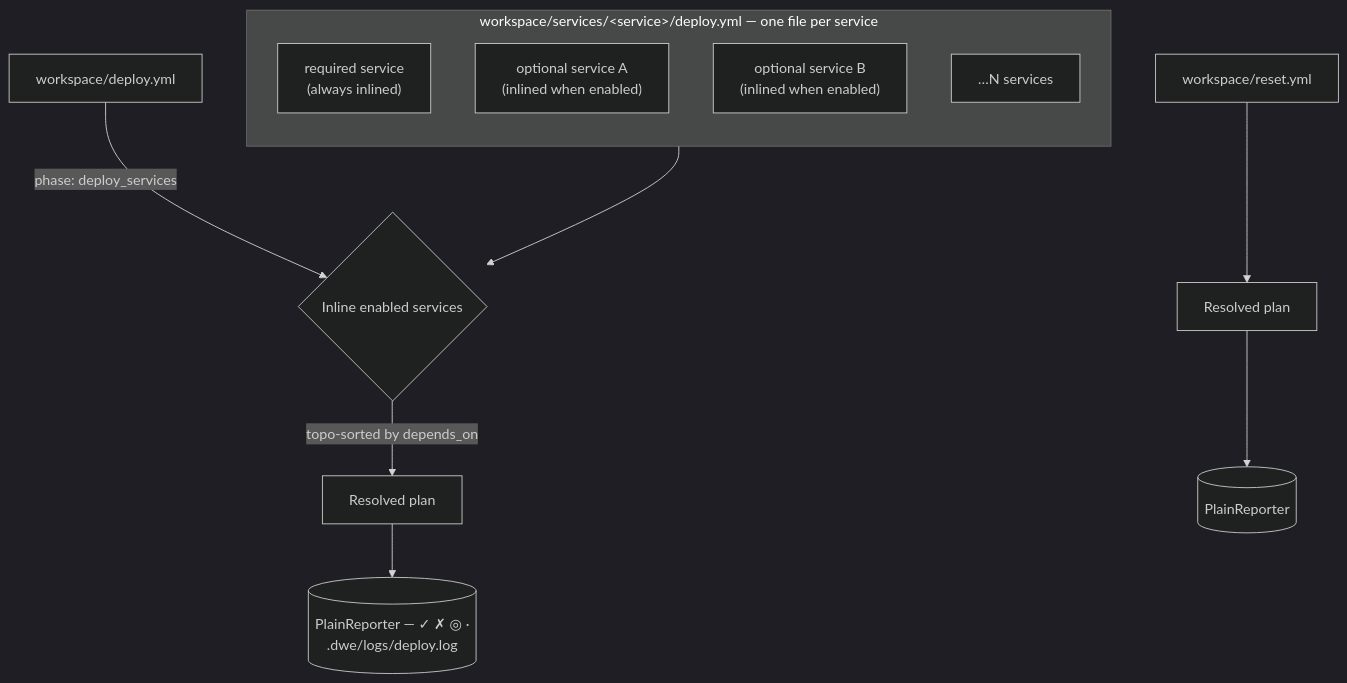
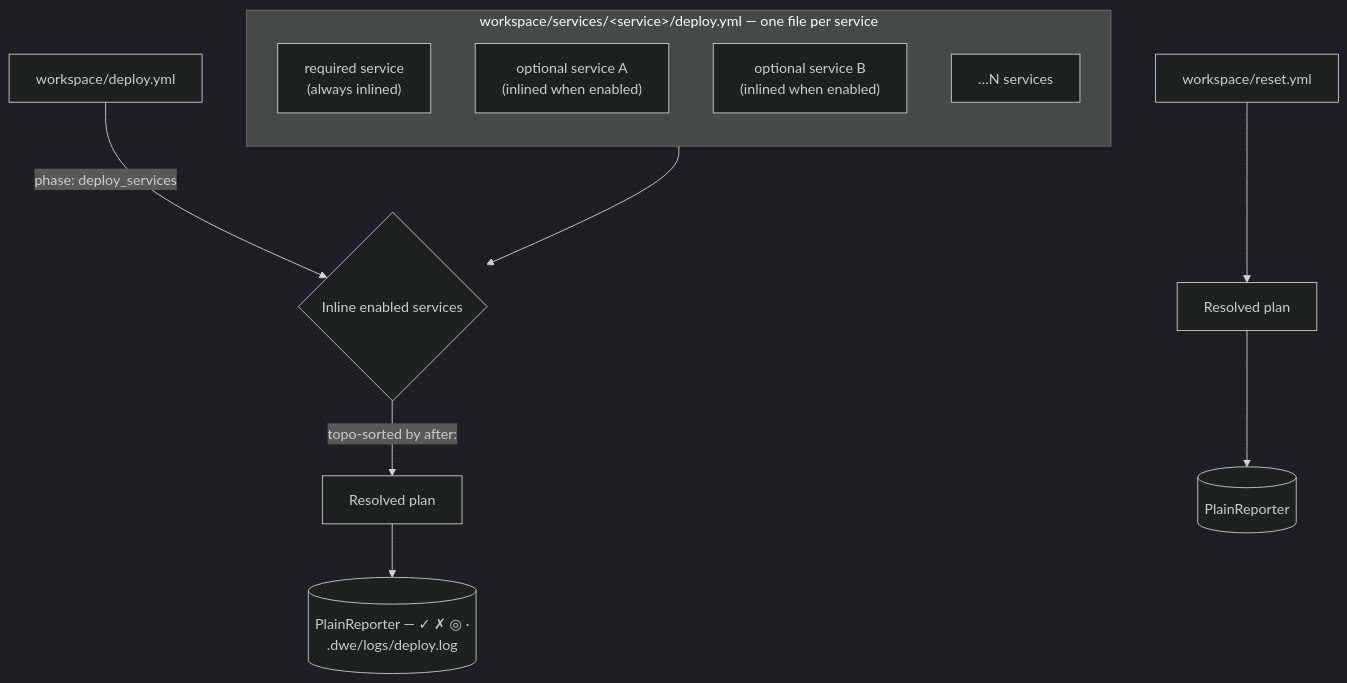
The diagram in docs/reference/config/deploy/index.md (semsemyonoff/dwe), drawn with Mermaid (dark theme) before and after one commit. The commit also changed other lines of this file and 72 other files, not shown here.

````diff
--- a/docs/reference/config/deploy/index.md
+++ b/docs/reference/config/deploy/index.md
@@ -43,18 +43,18 @@
 ```mermaid
 flowchart TB
   D[workspace/deploy.yml] -->|phase: deploy_services| INL{Inline enabled services}
 
   subgraph svc["workspace/services/&lt;service&gt;/deploy.yml — one file per service"]
     direction TB
     S1["required service<br/>(always inlined)"]
     S2["optional service A<br/>(inlined when enabled)"]
     S3["optional service B<br/>(inlined when enabled)"]
     SN["…N services"]
   end
 
   svc --> INL
-  INL -->|topo-sorted by depends_on| PLAN[Resolved plan]
+  INL -->|topo-sorted by after:| PLAN[Resolved plan]
   PLAN --> RUN[(PlainReporter — ✓ ✗ ◎ ·<br/>.dwe/logs/deploy.log)]
 
   R[workspace/reset.yml] --> RPLAN[Resolved plan] --> RUN2[(PlainReporter)]
 ```
````
